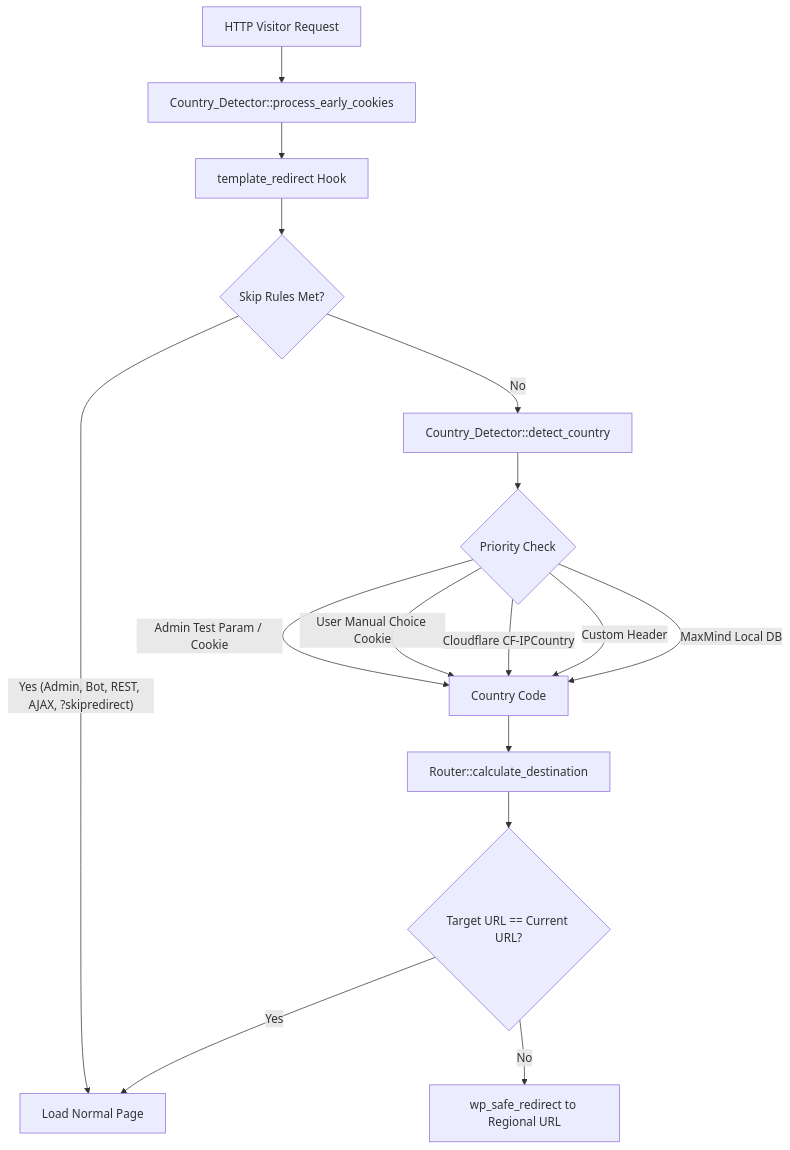
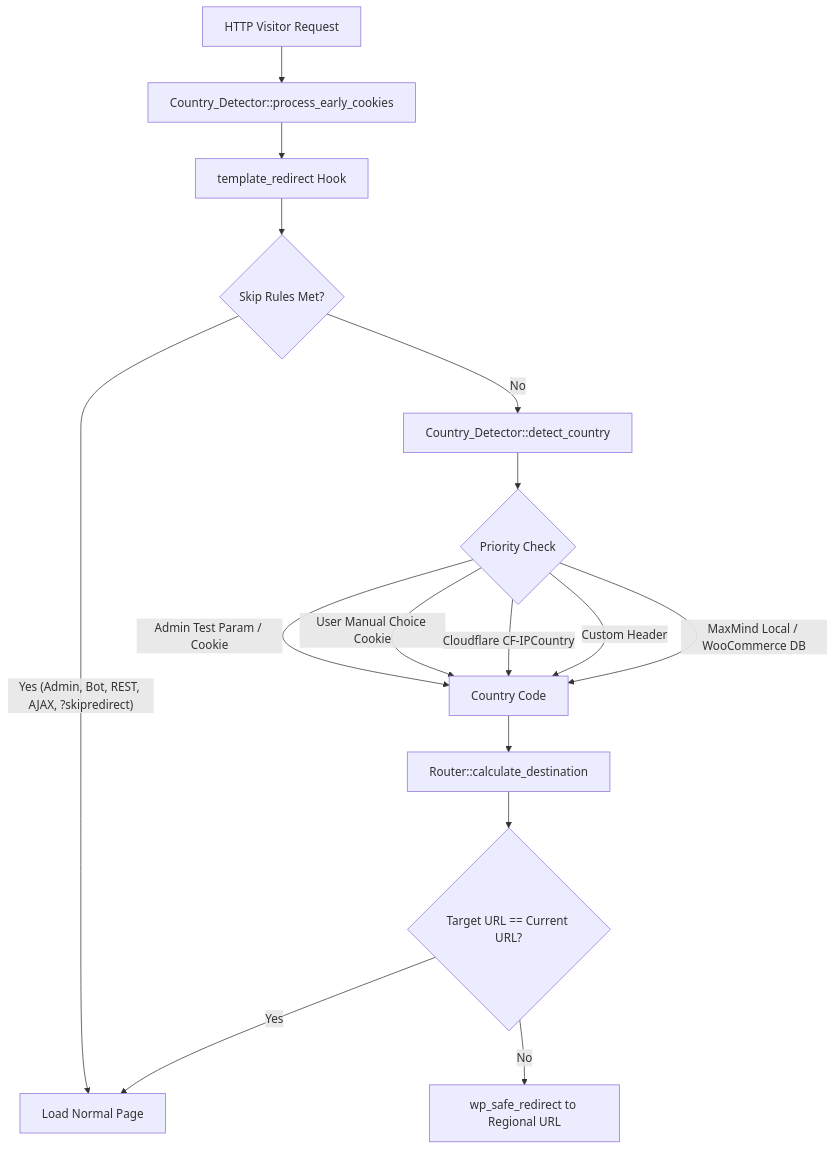
The second of 2 diagrams in README.md (shubashbiswas/wordpress-multisite-redirect), drawn with Mermaid before and after one commit. The commit also changed other lines of this file and 9 other files, not shown here.

Commit message:
feat: implement updated geo-routing logic with persistent session-based preferences, automated WooCommerce GeoIP discovery, and improved frontend prompt UI.

````diff
--- a/README.md
+++ b/README.md
@@ -59,18 +54,18 @@
 ```mermaid
 graph TD
     Request[HTTP Visitor Request] --> EarlyCookies[Country_Detector::process_early_cookies]
     EarlyCookies --> RouteHook[template_redirect Hook]
     RouteHook --> SkipChecks{Skip Rules Met?}
     SkipChecks -- Yes (Admin, Bot, REST, AJAX, ?skipredirect) --> Continue[Load Normal Page]
     SkipChecks -- No --> DetectCountry[Country_Detector::detect_country]
     DetectCountry --> SourcePriority{Priority Check}
     SourcePriority -- Admin Test Param / Cookie --> Country[Country Code]
     SourcePriority -- User Manual Choice Cookie --> Country
     SourcePriority -- Cloudflare CF-IPCountry --> Country
     SourcePriority -- Custom Header --> Country
-    SourcePriority -- MaxMind Local DB --> Country
+    SourcePriority -- MaxMind Local / WooCommerce DB --> Country
     Country --> TargetCalc[Router::calculate_destination]
     TargetCalc --> LoopCheck{Target URL == Current URL?}
     LoopCheck -- Yes --> Continue
     LoopCheck -- No --> DoRedirect[wp_safe_redirect to Regional URL]
 ```
````
